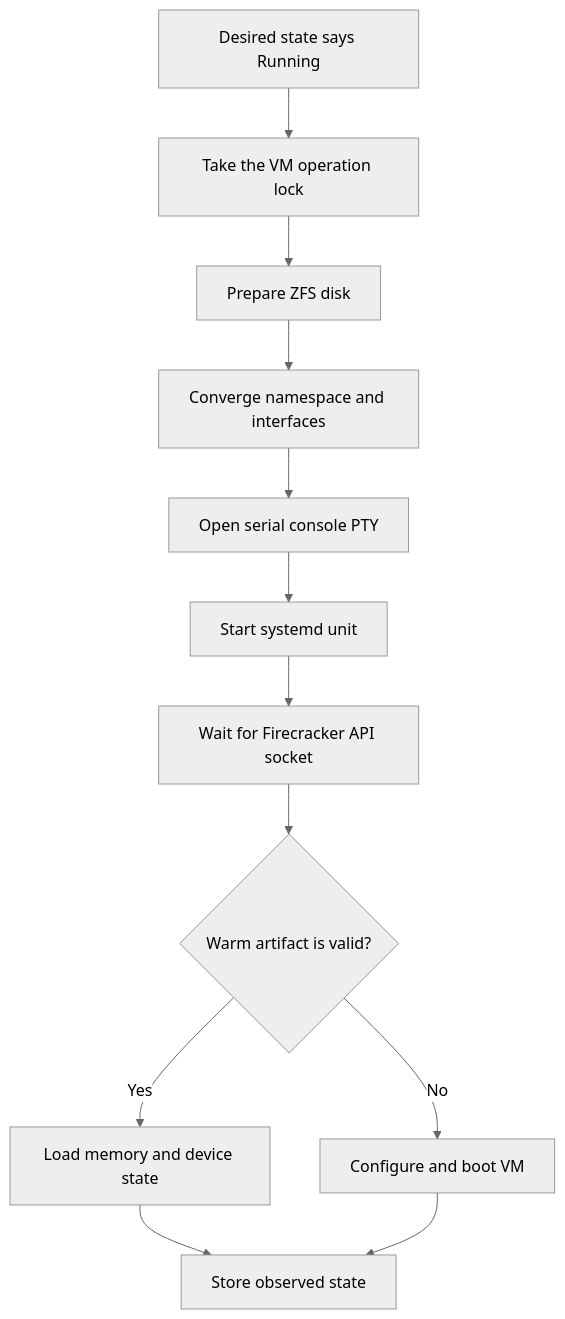
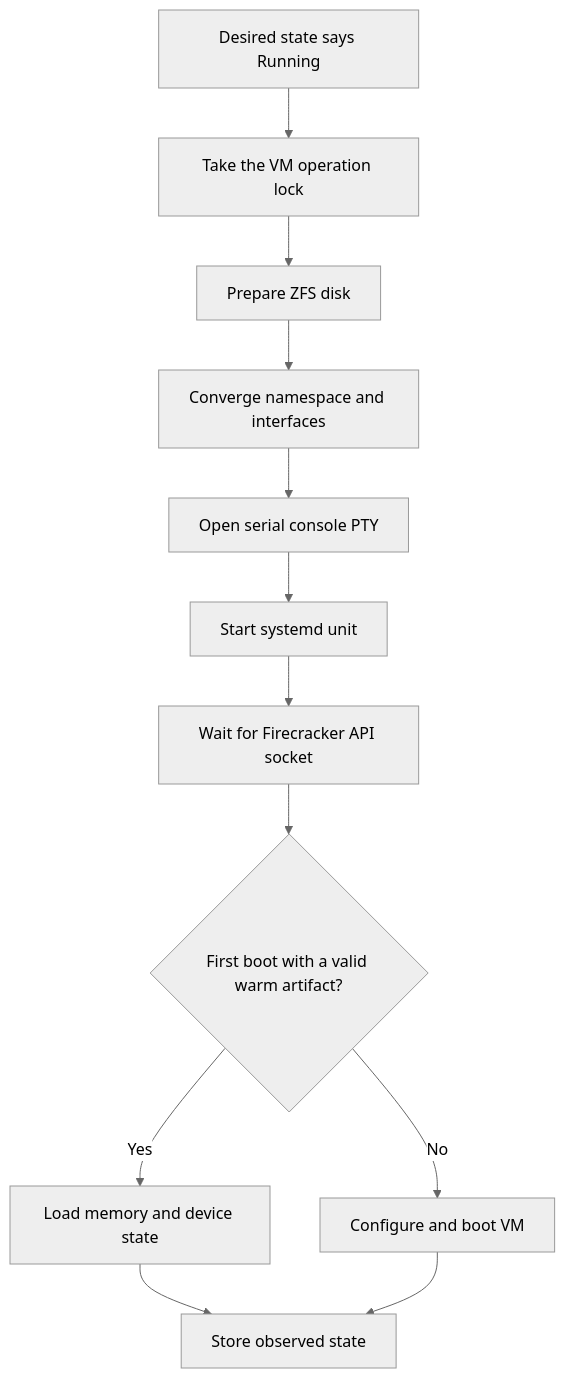
The fourth of 4 diagrams in metal/docs/architecture.md (20vikash/atlas), drawn with Mermaid (neutral theme) before and after one commit. The commit also changed other lines of this file and 5 other files, not shown here.

````diff
--- a/metal/docs/architecture.md
+++ b/metal/docs/architecture.md
@@ -108,14 +108,14 @@
 ```mermaid
 flowchart TD
     Desired[Desired state says Running] --> Lock[Take the VM operation lock]
     Lock --> Disk[Prepare ZFS disk]
     Disk --> Network[Converge namespace and interfaces]
     Network --> Console[Open serial console PTY]
     Console --> Unit[Start systemd unit]
     Unit --> Socket[Wait for Firecracker API socket]
-    Socket --> Boot{Warm artifact is valid?}
+    Socket --> Boot{First boot with a valid warm artifact?}
     Boot -->|Yes| Warm[Load memory and device state]
     Boot -->|No| Cold[Configure and boot VM]
     Warm --> Observe[Store observed state]
     Cold --> Observe
 ```
````
